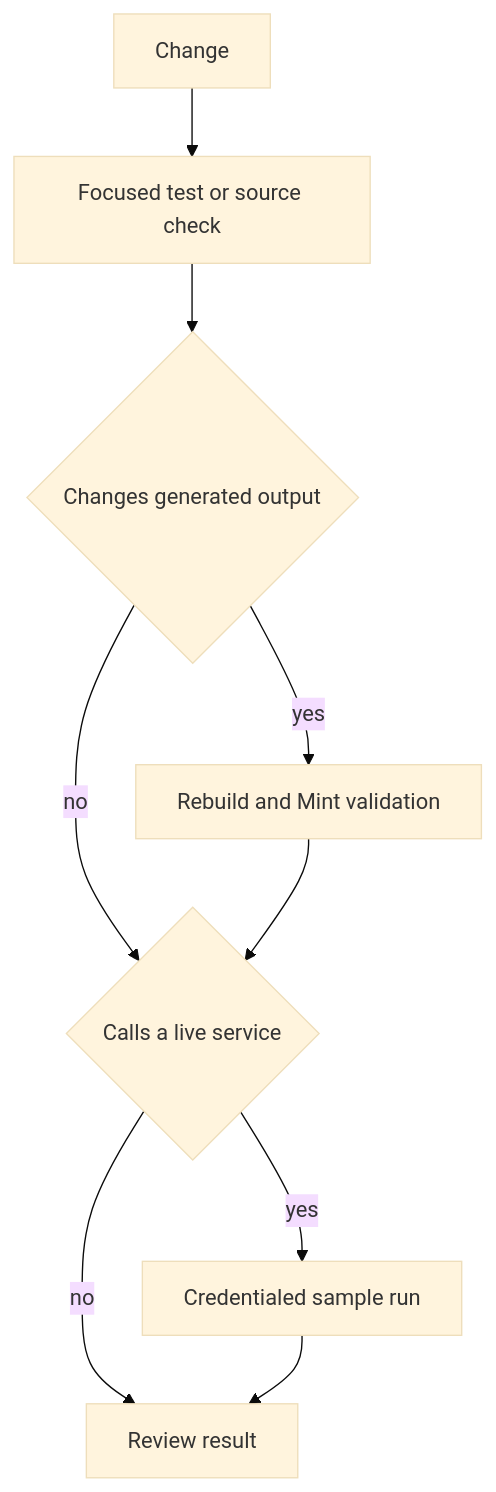
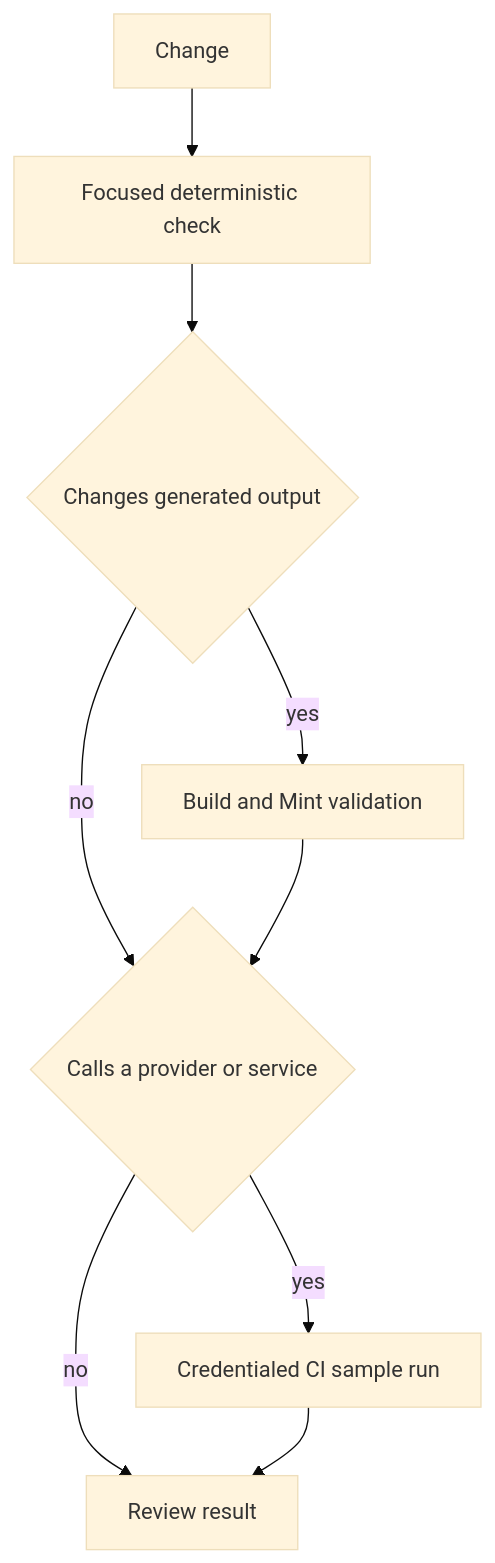
The first of 2 diagrams in openwiki/testing/test-overview.md (langchain-ai/docs), drawn with Mermaid (base theme) before and after one commit. The commit also changed other lines of this file and 45 other files, not shown here.

````diff
--- a/openwiki/testing/test-overview.md
+++ b/openwiki/testing/test-overview.md
@@ -71,11 +73,11 @@
 ```mermaid
 flowchart TD
-  Change["Change"] --> Focused["Focused test or source check"]
-  Focused --> Output{"Changes generated output"}
-  Output -->|"yes"| Build["Rebuild and Mint validation"]
-  Output -->|"no"| Boundary{"Calls a live service"}
-  Build --> Boundary
-  Boundary -->|"yes"| Live["Credentialed sample run"]
-  Boundary -->|"no"| Review["Review result"]
-  Live --> Review
+  Change["Change"] --> Focused["Focused deterministic check"]
+  Focused --> Generated{"Changes generated output"}
+  Generated -->|"yes"| Mint["Build and Mint validation"]
+  Generated -->|"no"| Service{"Calls a provider or service"}
+  Mint --> Service
+  Service -->|"yes"| Credentialed["Credentialed CI sample run"]
+  Service -->|"no"| Review["Review result"]
+  Credentialed --> Review
 ```
````
